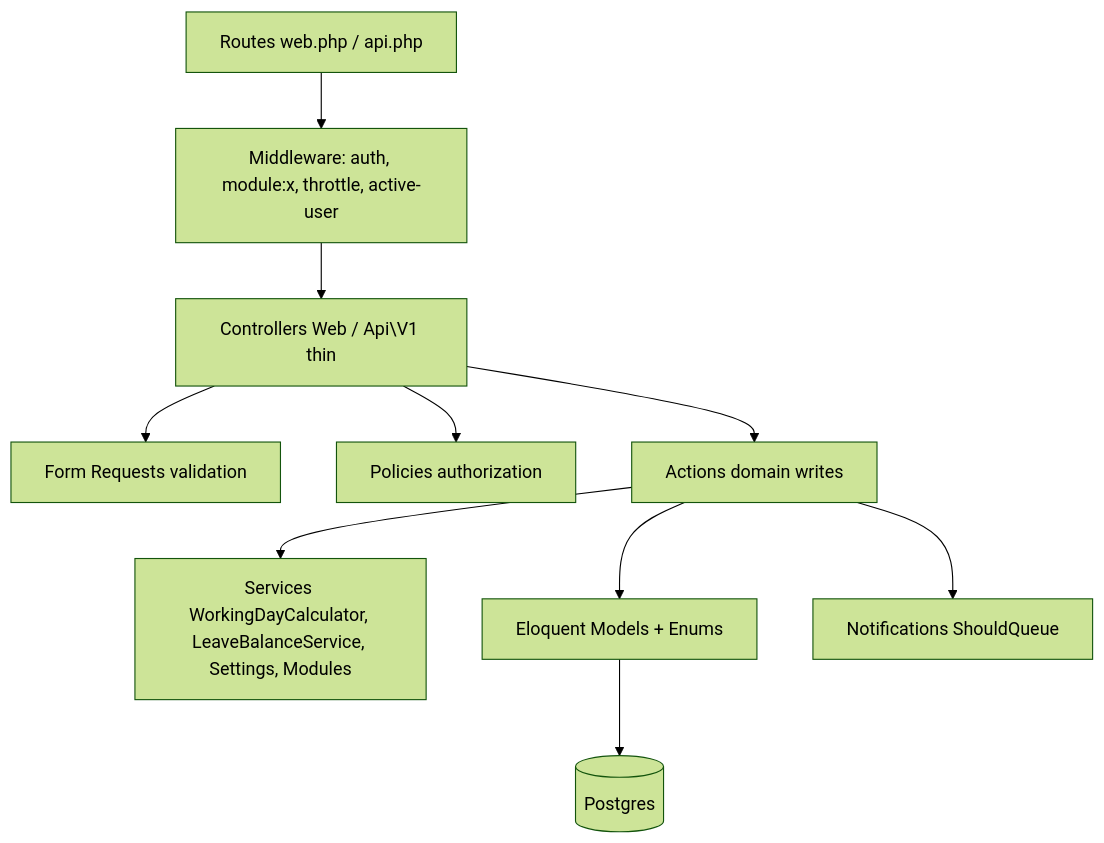
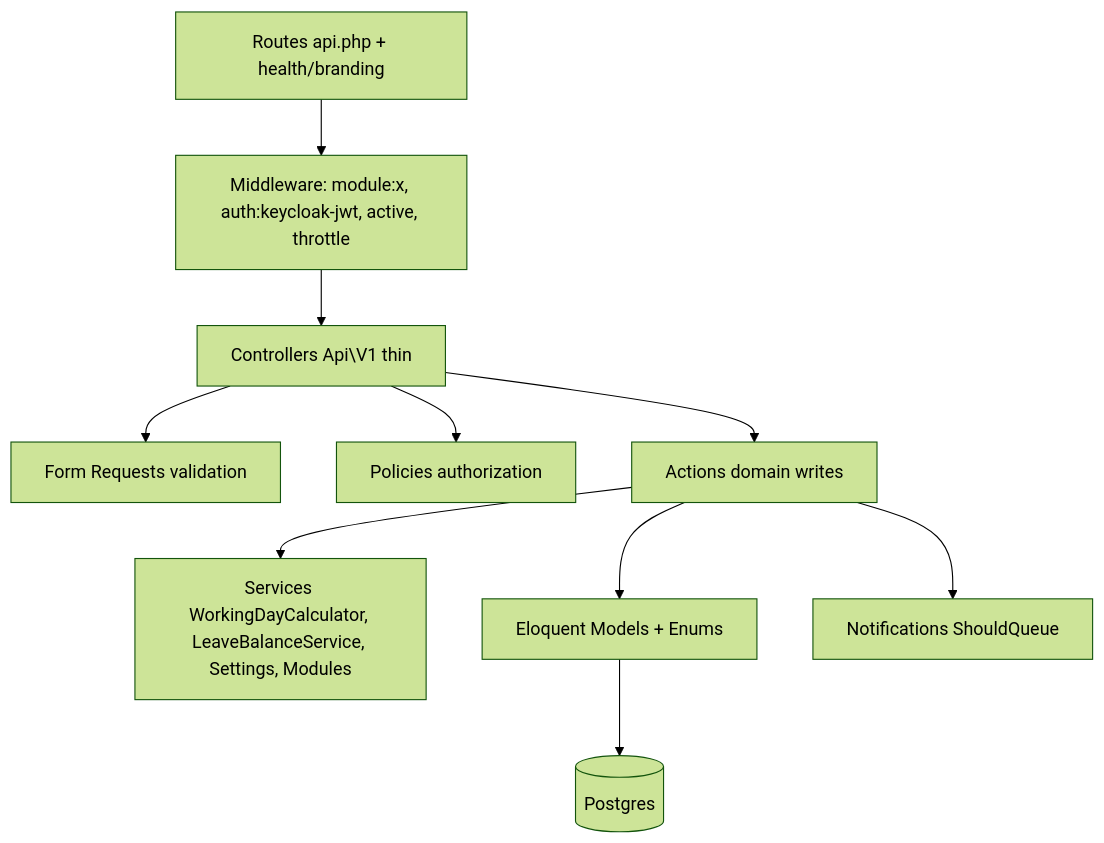
Before and after one commit to heyadityak/lms: the second of 3 diagrams in docs/SYSTEM_DESIGN.md, drawn with Mermaid (forest theme). The commit also changed other lines of this file and 39 other files, not shown here.

````diff
--- a/docs/SYSTEM_DESIGN.md
+++ b/docs/SYSTEM_DESIGN.md
@@ -47,12 +50,12 @@
 ```mermaid
 flowchart TB
-    R[Routes web.php / api.php] --> MW[Middleware: auth, module:x, throttle, active-user]
-    MW --> CT[Controllers Web / Api\V1 thin]
+    R[Routes api.php + health/branding] --> MW[Middleware: module:x, auth:keycloak-jwt, active, throttle]
+    MW --> CT[Controllers Api\V1 thin]
     CT --> FR[Form Requests validation]
     CT --> PO[Policies authorization]
     CT --> AC[Actions domain writes]
     AC --> SV[Services WorkingDayCalculator, LeaveBalanceService, Settings, Modules]
     AC --> MD[Eloquent Models + Enums]
     AC --> EV[Notifications ShouldQueue]
     MD --> DB[(Postgres)]
 ```
````
